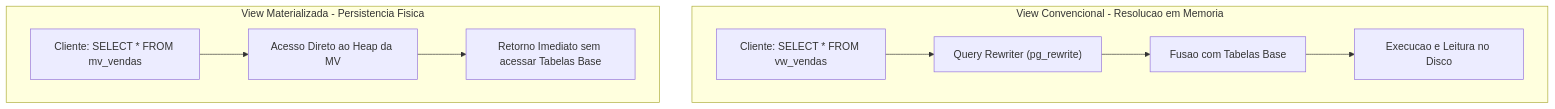
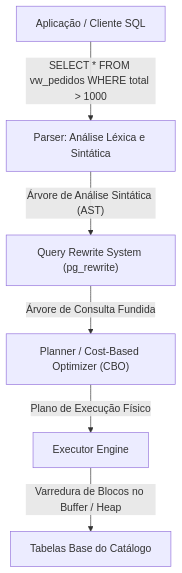
Before and after one commit to murilolol/unifef: the first of 3 diagrams in 4º Semestre/[Prof. Welington Garcia] Tópicos Avançados em Banco de Dados/Resumos-IA/Simulados-Comentados.md, drawn with Mermaid. The commit also changed other lines of this file and 40 other files, not shown here.

````diff
--- a/4º Semestre/[Prof. Welington Garcia] Tópicos Avançados em Banco de Dados/Resumos-IA/Simulados-Comentados.md
+++ b/4º Semestre/[Prof. Welington Garcia] Tópicos Avançados em Banco de Dados/Resumos-IA/Simulados-Comentados.md
@@ -743,13 +123,8 @@
 ```mermaid
 flowchart TD
- subgraph View_Convencional [View Convencional - Resolucao em Memoria]
- A1["Cliente: SELECT * FROM vw_vendas"] --> B1["Query Rewriter (pg_rewrite)"]
- B1 --> C1["Fusao com Tabelas Base"]
- C1 --> D1["Execucao e Leitura no Disco"]
- end
-
- subgraph View_Materializada [View Materializada - Persistencia Fisica]
- A2["Cliente: SELECT * FROM mv_vendas"] --> B2["Acesso Direto ao Heap da MV"]
- B2 --> C2["Retorno Imediato sem acessar Tabelas Base"]
- end
+    Client["Aplicação / Cliente SQL"] -->|"SELECT * FROM vw_pedidos WHERE total > 1000"| Parser["Parser: Análise Léxica e Sintática"]
+    Parser -->|"Árvore de Análise Sintática (AST)"| Rewriter["Query Rewrite System (pg_rewrite)"]
+    Rewriter -->|"Árvore de Consulta Fundida"| Planner["Planner / Cost-Based Optimizer (CBO)"]
+    Planner -->|"Plano de Execução Físico"| Executor["Executor Engine"]
+    Executor -->|"Varredura de Blocos no Buffer / Heap"| Tables["Tabelas Base do Catálogo"]
 ```
````
